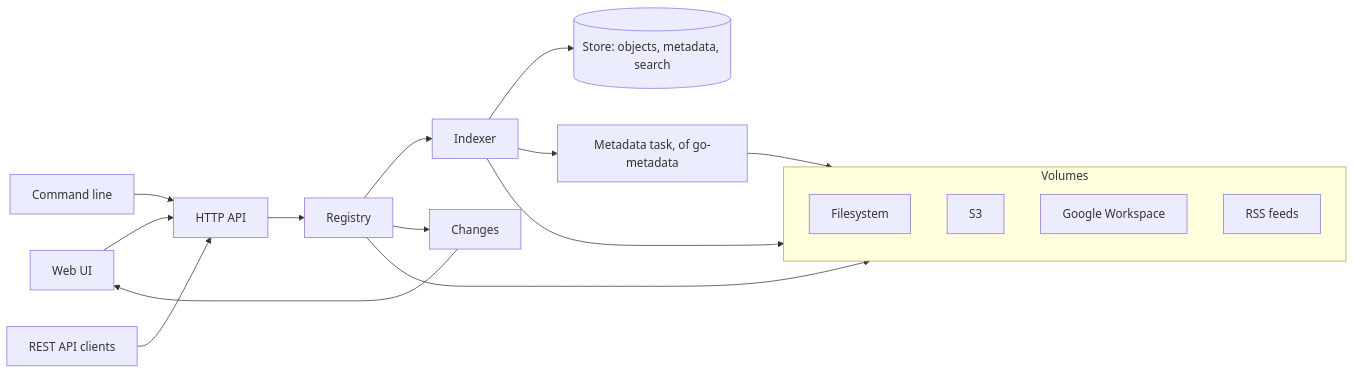
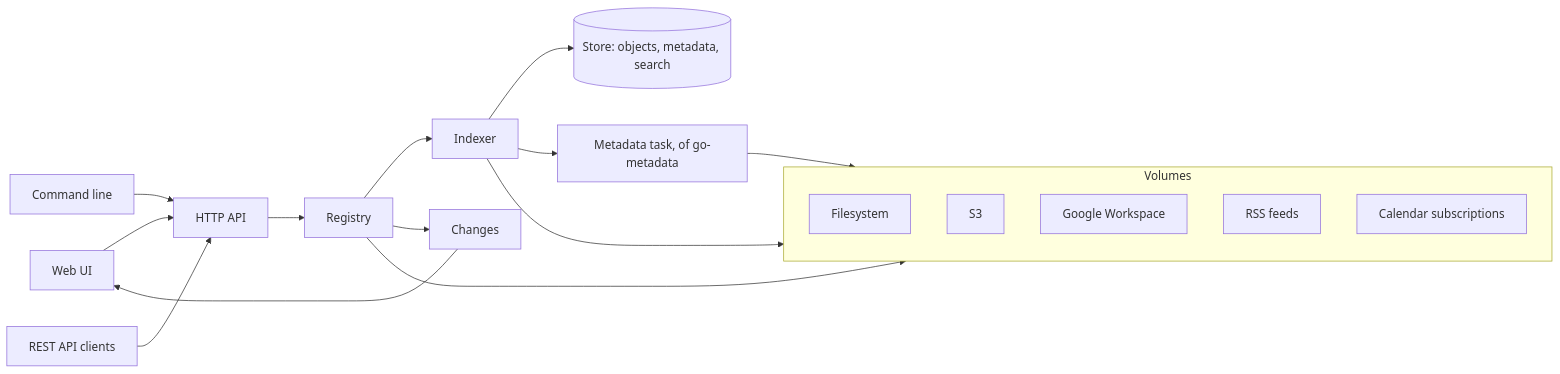
Before and after one commit to mutablelogic/go-filer: the diagram in README.md, drawn with Mermaid. The commit also changed other lines of this file and 22 other files, not shown here.

Commit message:
Add a webcal backend of calendar subscriptions (#230)

````diff
--- a/README.md
+++ b/README.md
@@ -78,20 +78,21 @@
 ```mermaid
 flowchart LR
     ui[Web UI] --> api
     cli[Command line] --> api
     rest[REST API clients] --> api
     api[HTTP API] --> registry[Registry]
     registry --> volumes
     subgraph volumes[Volumes]
         fs[Filesystem]
         s3[S3]
         google[Google Workspace]
         rss[RSS feeds]
+        webcal[Calendar subscriptions]
     end
     registry --> indexer[Indexer]
     indexer --> volumes
     indexer --> store[(Store: objects, metadata, search)]
     indexer --> enrich[Metadata task, of go-metadata]
     enrich --> volumes
     registry --> changes[Changes] --> ui
 ```
````
